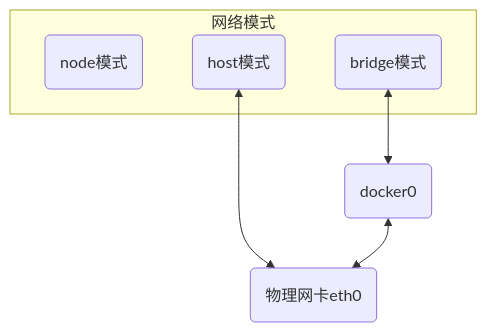
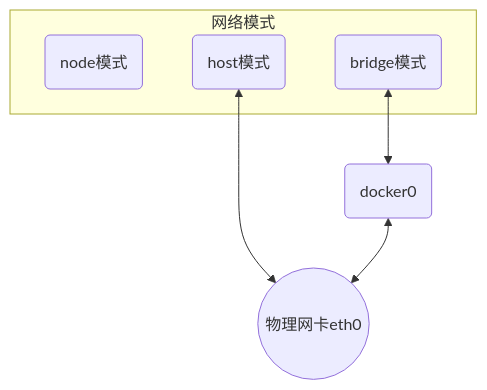
Before and after one commit to dmjcb/dmjcb.github.io: the first of 2 diagrams in _posts/docker/2024-11-22-docker使用.md, drawn with Mermaid. The commit also changed other lines of this file and 16 other files, not shown here.

````diff
--- a/_posts/docker/2024-11-22-docker使用.md
+++ b/_posts/docker/2024-11-22-docker使用.md
@@ -140,13 +138,13 @@
 ```mermaid
 graph TB;
     subgraph 网络模式
         N(node模式)
         H(host模式)
         B(bridge模式)
     end
     docker0(docker0)
-    eth(物理网卡eth0)
+    eth((物理网卡eth0))
 
     H<-->eth
     B<-->docker0<-->eth
 ```
````
